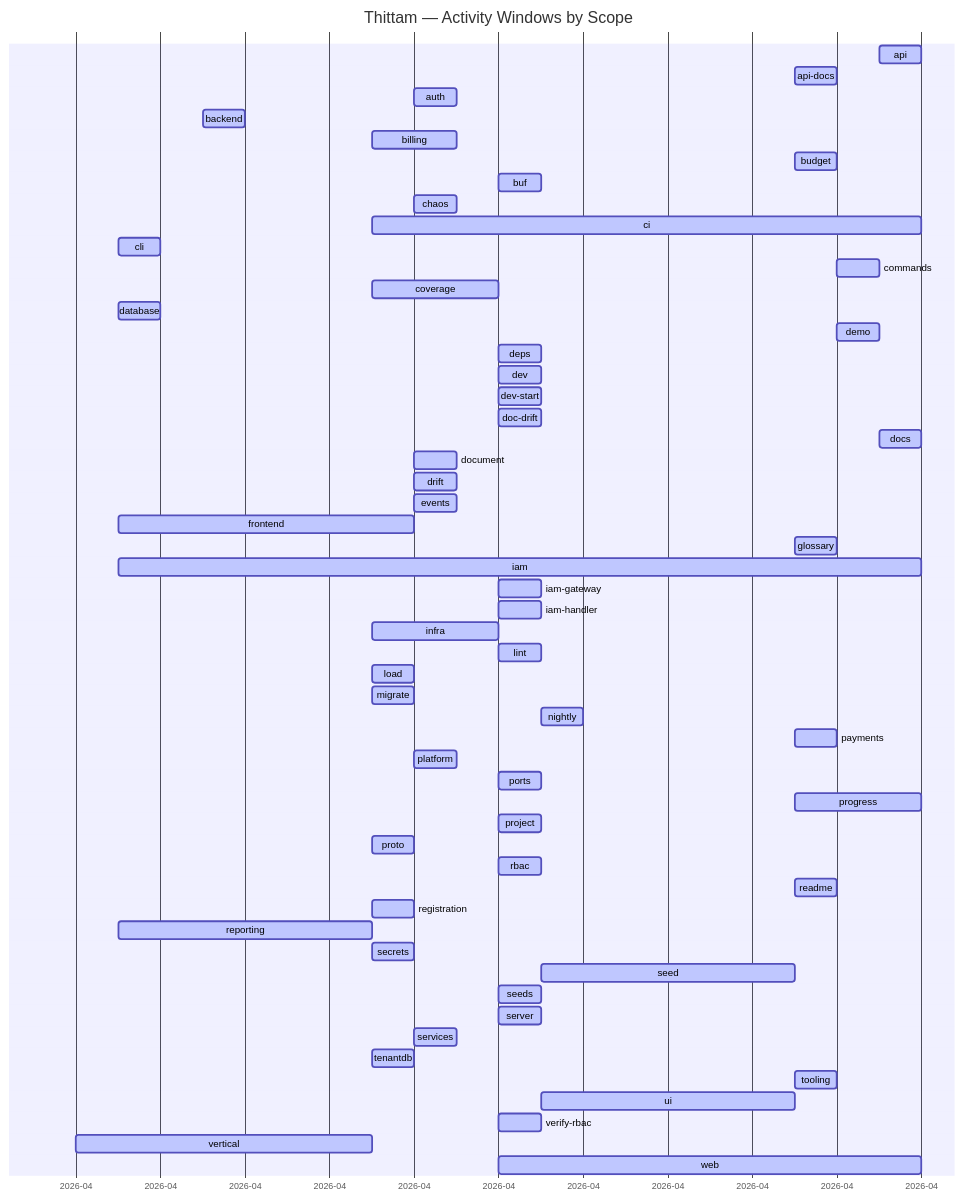
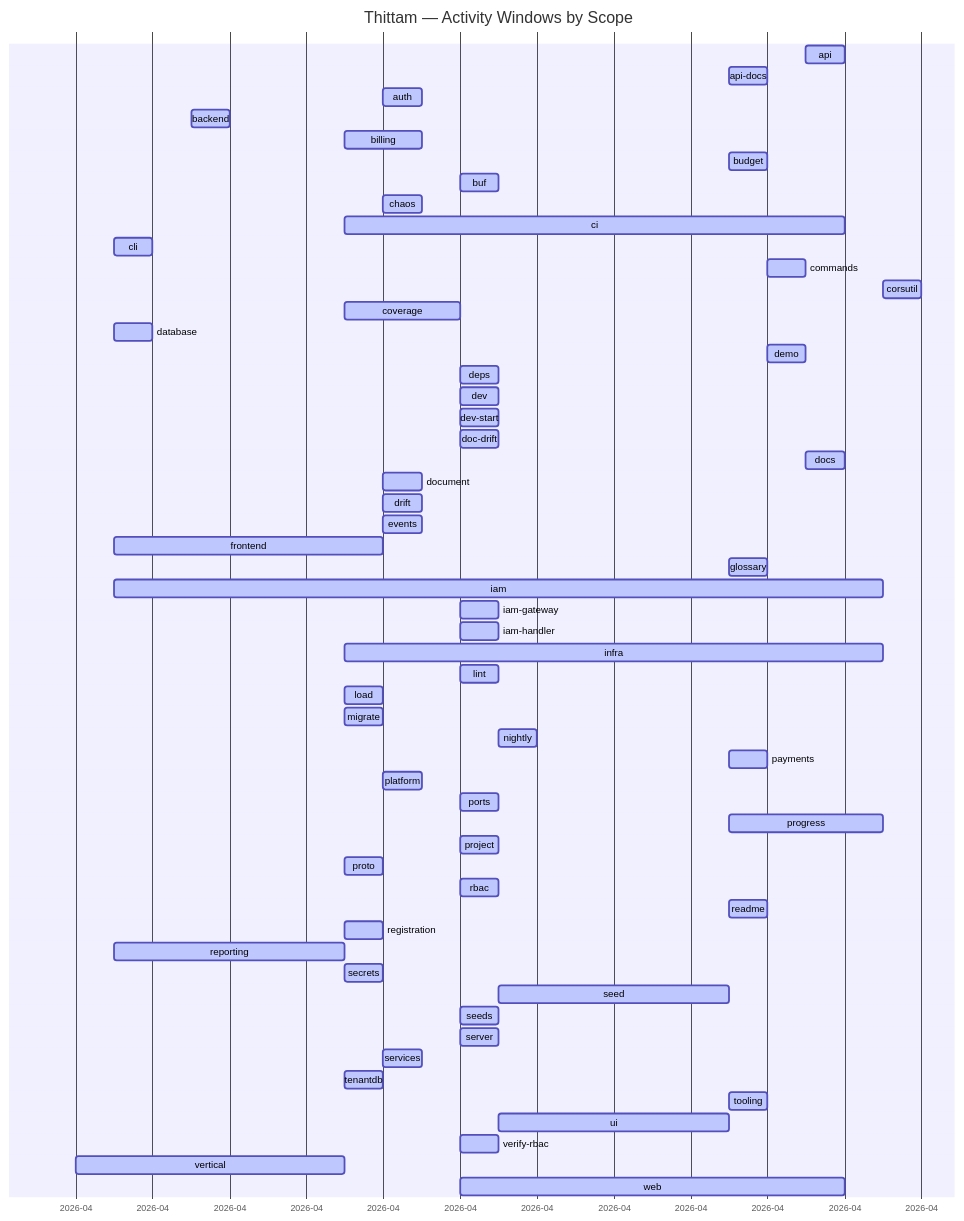
The diagram in docs/PROGRESS.md (wegofwd2020-hub/thittam), drawn with Mermaid before and after one commit. The commit also changed other lines of this file and 1 other file, not shown here.

Commit message:
chore(progress): nightly update of docs/PROGRESS.md + CSVs

````diff
--- a/docs/PROGRESS.md
+++ b/docs/PROGRESS.md
@@ -9,59 +9,60 @@
 ```mermaid
 gantt
     title Thittam — Activity Windows by Scope
     dateFormat YYYY-MM-DD
     axisFormat %Y-%m
     api                :active, s_api, 2026-04-22, 2026-04-23
     api-docs           :active, s_api_docs, 2026-04-20, 2026-04-21
     auth               :active, s_auth, 2026-04-11, 2026-04-12
     backend            :active, s_backend, 2026-04-06, 2026-04-07
     billing            :active, s_billing, 2026-04-10, 2026-04-12
     budget             :active, s_budget, 2026-04-20, 2026-04-21
     buf                :active, s_buf, 2026-04-13, 2026-04-14
     chaos              :active, s_chaos, 2026-04-11, 2026-04-12
     ci                 :active, s_ci, 2026-04-10, 2026-04-23
     cli                :active, s_cli, 2026-04-04, 2026-04-05
     commands           :active, s_commands, 2026-04-21, 2026-04-22
+    corsutil           :active, s_corsutil, 2026-04-24, 2026-04-25
     coverage           :active, s_coverage, 2026-04-10, 2026-04-13
     database           :active, s_database, 2026-04-04, 2026-04-05
     demo               :active, s_demo, 2026-04-21, 2026-04-22
     deps               :active, s_deps, 2026-04-13, 2026-04-14
     dev                :active, s_dev, 2026-04-13, 2026-04-14
     dev-start          :active, s_dev_start, 2026-04-13, 2026-04-14
     doc-drift          :active, s_doc_drift, 2026-04-13, 2026-04-14
     docs               :active, s_docs, 2026-04-22, 2026-04-23
     document           :active, s_document, 2026-04-11, 2026-04-12
     drift              :active, s_drift, 2026-04-11, 2026-04-12
     events             :active, s_events, 2026-04-11, 2026-04-12
     frontend           :active, s_frontend, 2026-04-04, 2026-04-11
     glossary           :active, s_glossary, 2026-04-20, 2026-04-21
-    iam                :active, s_iam, 2026-04-04, 2026-04-23
+    iam                :active, s_iam, 2026-04-04, 2026-04-24
     iam-gateway        :active, s_iam_gateway, 2026-04-13, 2026-04-14
     iam-handler        :active, s_iam_handler, 2026-04-13, 2026-04-14
-    infra              :active, s_infra, 2026-04-10, 2026-04-13
+    infra              :active, s_infra, 2026-04-10, 2026-04-24
     lint               :active, s_lint, 2026-04-13, 2026-04-14
     load               :active, s_load, 2026-04-10, 2026-04-11
     migrate            :active, s_migrate, 2026-04-10, 2026-04-11
     nightly            :active, s_nightly, 2026-04-14, 2026-04-15
     payments           :active, s_payments, 2026-04-20, 2026-04-21
     platform           :active, s_platform, 2026-04-11, 2026-04-12
     ports              :active, s_ports, 2026-04-13, 2026-04-14
-    progress           :active, s_progress, 2026-04-20, 2026-04-23
+    progress           :active, s_progress, 2026-04-20, 2026-04-24
     project            :active, s_project, 2026-04-13, 2026-04-14
     proto              :active, s_proto, 2026-04-10, 2026-04-11
     rbac               :active, s_rbac, 2026-04-13, 2026-04-14
     readme             :active, s_readme, 2026-04-20, 2026-04-21
     registration       :active, s_registration, 2026-04-10, 2026-04-11
     reporting          :active, s_reporting, 2026-04-04, 2026-04-10
     secrets            :active, s_secrets, 2026-04-10, 2026-04-11
     seed               :active, s_seed, 2026-04-14, 2026-04-20
     seeds              :active, s_seeds, 2026-04-13, 2026-04-14
     server             :active, s_server, 2026-04-13, 2026-04-14
     services           :active, s_services, 2026-04-11, 2026-04-12
     tenantdb           :active, s_tenantdb, 2026-04-10, 2026-04-11
     tooling            :active, s_tooling, 2026-04-20, 2026-04-21
     ui                 :active, s_ui, 2026-04-14, 2026-04-20
     verify-rbac        :active, s_verify_rbac, 2026-04-13, 2026-04-14
     vertical           :active, s_vertical, 2026-04-03, 2026-04-10
     web                :active, s_web, 2026-04-13, 2026-04-23
 ```
````
